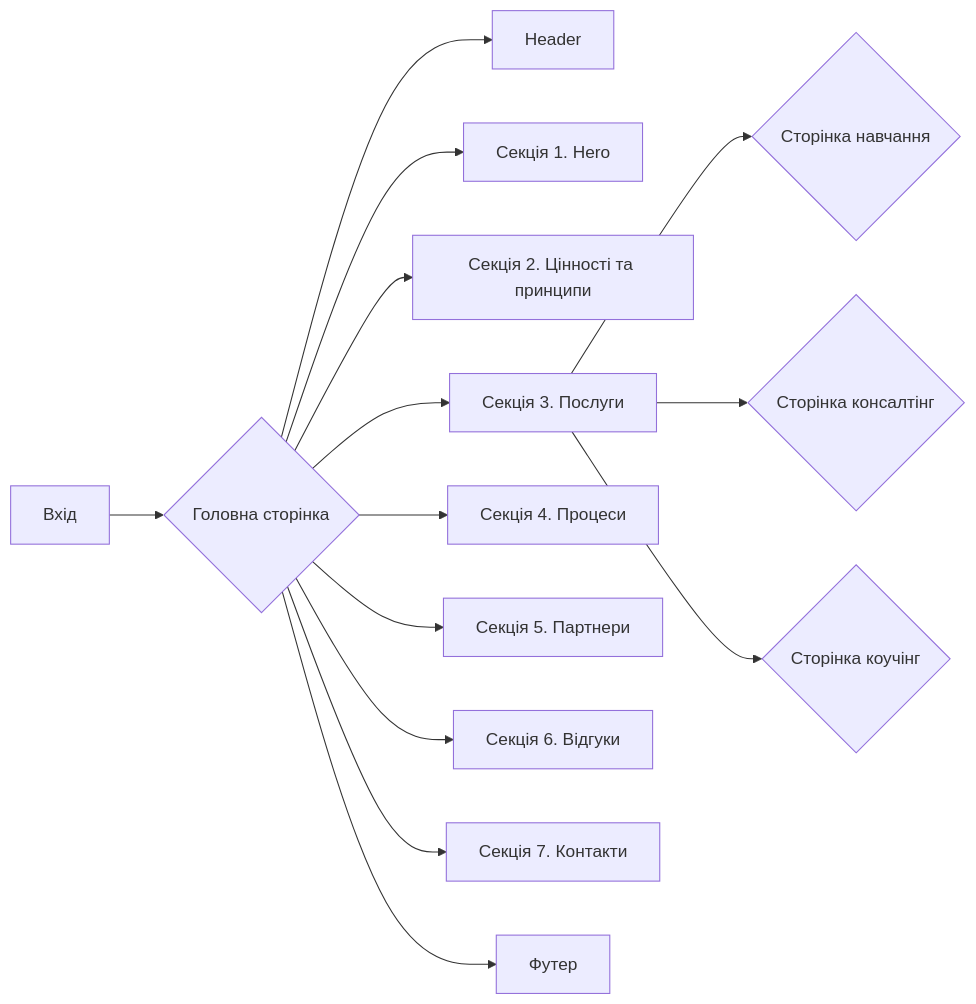
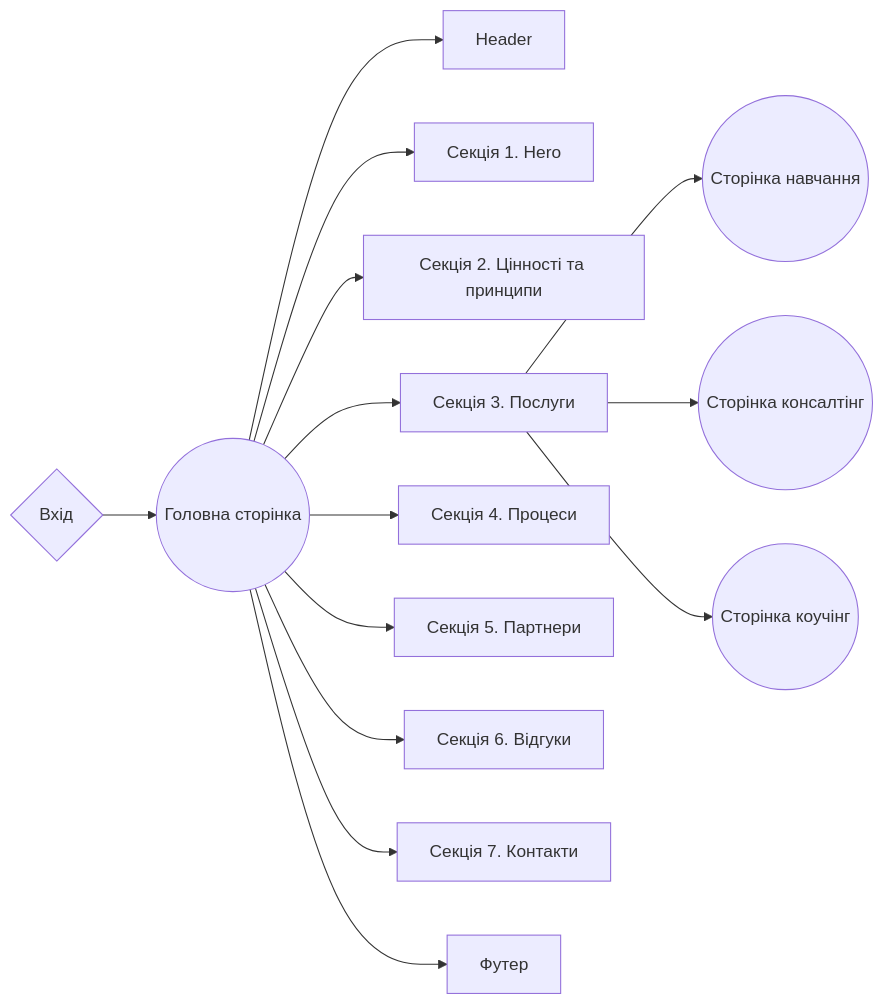
Before and after one commit to sergio-nezhigay/carptravel: the diagram in README.md, drawn with Mermaid.

````diff
--- a/README.md
+++ b/README.md
@@ -51,17 +51,17 @@
 ```mermaid
 graph LR
 
-  Z[Вхід] --> A{Головна сторінка}
+  Z{Вхід} --> A((Головна сторінка))
   A --> B[Header]
   A --> C[Секція 1. Hero]
   A --> D[Секція 2. Цінності та принципи]
   A --> E[Секція 3. Послуги]
   A --> F[Секція 4. Процеси]
   A --> G[Секція 5. Партнери]
   A --> H[Секція 6. Відгуки]
   A --> I[Секція 7. Контакти]
   A --> J[Футер]
-  E --> N{Сторінка навчання}
-  E --> O{Сторінка консалтінг}
-  E --> P{Сторінка коучінг}
+  E --> N((Сторінка навчання))
+  E --> O((Сторінка консалтінг))
+  E --> P((Сторінка коучінг))
 ```
````
